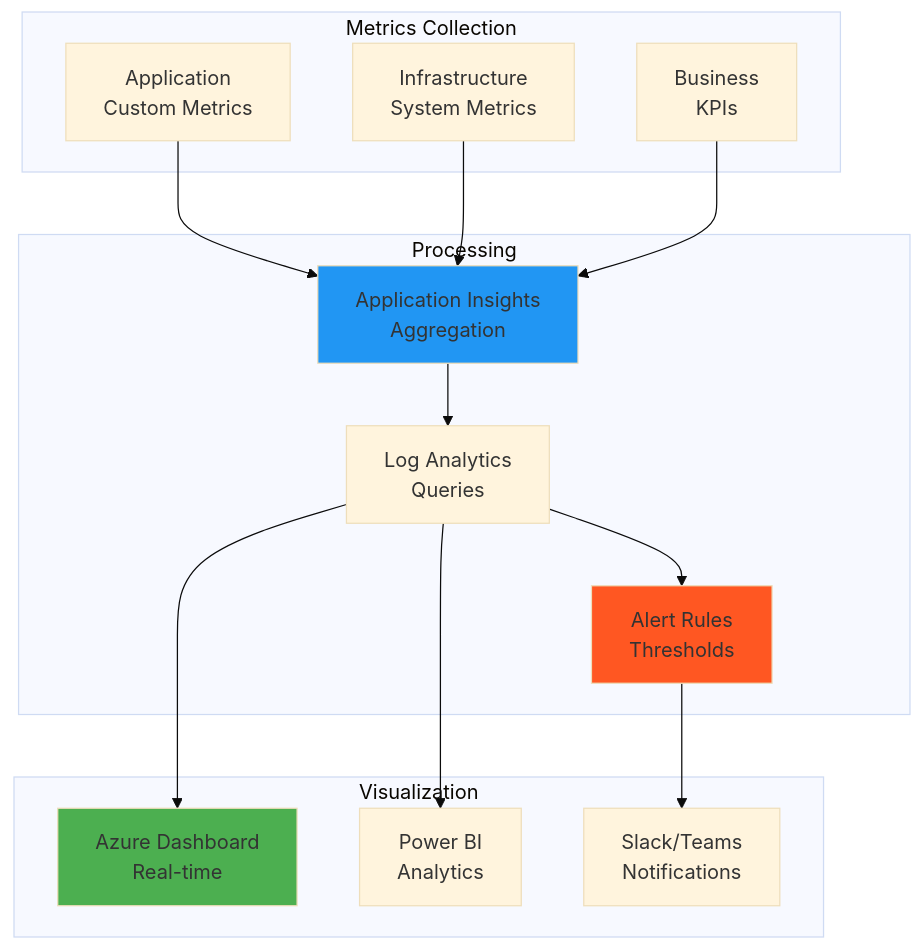
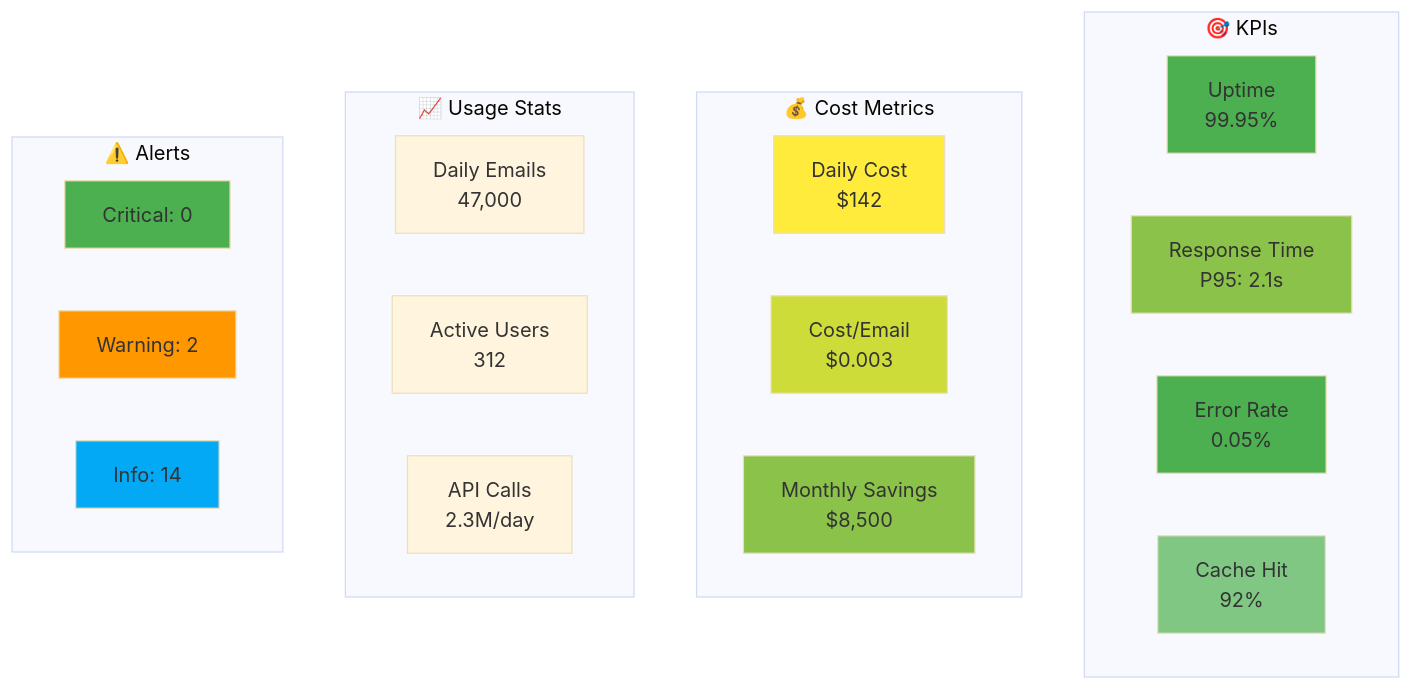
One commit to romiteld/ZohoDealCreation changed diagram 13 of 13 in ARCHITECTURE.md. Above: the diagram before and after it, drawn with Mermaid (base theme). The commit also changed other lines of this file and 2 other files, not shown here.

First line of the commit message:
Architecture: Update C4 diagrams to accurately reflect codebase and Azure infrastructure

````diff
--- a/ARCHITECTURE.md
+++ b/ARCHITECTURE.md
@@ -662,33 +687,38 @@
 ```mermaid
 graph TB
-    subgraph "Metrics Collection"
-        APP[Application<br/>Custom Metrics]
-        INFRA[Infrastructure<br/>System Metrics]
-        BIZ[Business<br/>KPIs]
+    subgraph "🎯 KPIs"
+        A[Uptime<br/>99.95%]
+        B[Response Time<br/>P95: 2.1s]
+        C[Error Rate<br/>0.05%]
+        D[Cache Hit<br/>92%]
     end
-
-    subgraph "Processing"
-        AI[Application Insights<br/>Aggregation]
-        LA[Log Analytics<br/>Queries]
-        ALERT[Alert Rules<br/>Thresholds]
+    
+    subgraph "💰 Cost Metrics"
+        E[Daily Cost<br/>$142]
+        F[Cost/Email<br/>$0.003]
+        G[Monthly Savings<br/>$8,500]
     end
-
-    subgraph "Visualization"
-        DASH[Azure Dashboard<br/>Real-time]
-        REPORT[Power BI<br/>Analytics]
-        SLACK[Slack/Teams<br/>Notifications]
+    
+    subgraph "📈 Usage Stats"
+        H[Daily Emails<br/>47,000]
+        I[Active Users<br/>312]
+        J[API Calls<br/>2.3M/day]
     end
-
-    APP --> AI
-    INFRA --> AI
-    BIZ --> AI
-    AI --> LA
-    LA --> ALERT
-    LA --> DASH
-    LA --> REPORT
-    ALERT --> SLACK
-
-    style AI fill:#2196F3
-    style DASH fill:#4CAF50
-    style ALERT fill:#FF5722
+    
+    subgraph "⚠️ Alerts"
+        K[Critical: 0]
+        L[Warning: 2]
+        M[Info: 14]
+    end
+    
+    style A fill:#4caf50
+    style B fill:#8bc34a
+    style C fill:#4caf50
+    style D fill:#81c784
+    style E fill:#ffeb3b
+    style F fill:#cddc39
+    style G fill:#8bc34a
+    style K fill:#4caf50
+    style L fill:#ff9800
+    style M fill:#03a9f4
 ```
````
